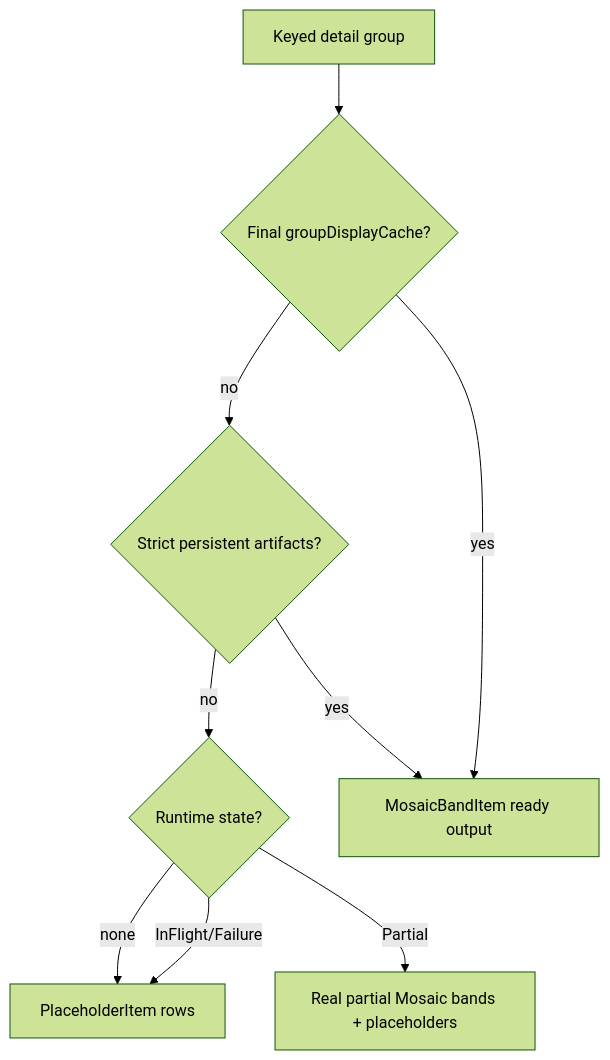
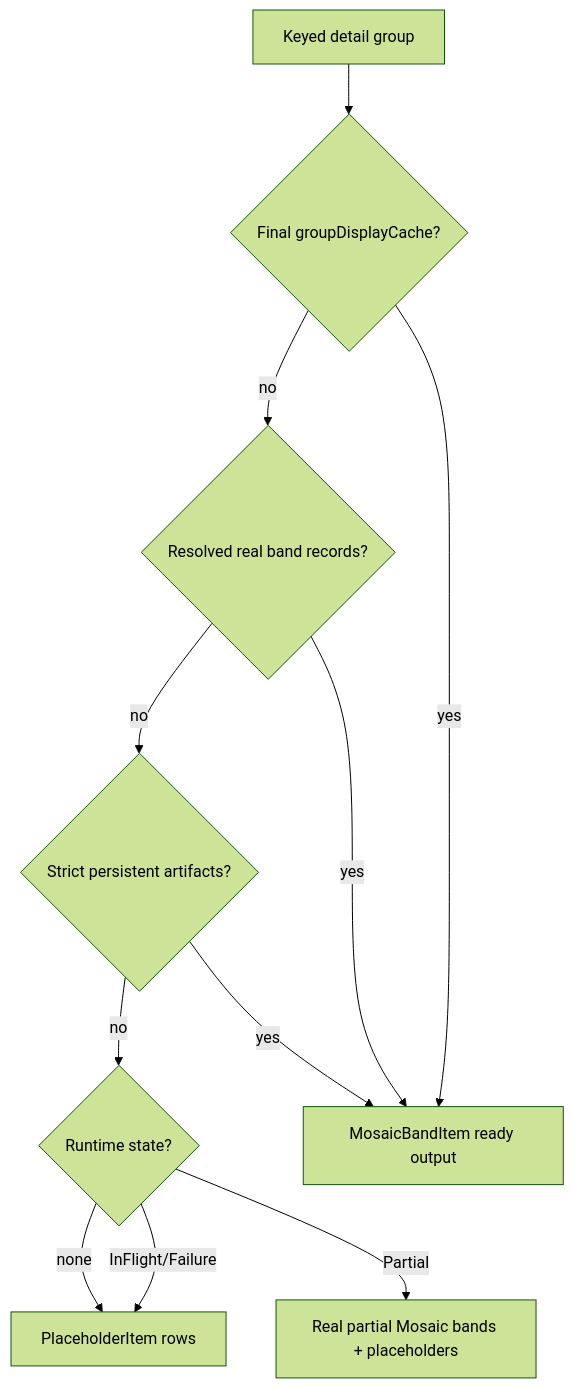
The seventh of 9 diagrams in docs/ai/album-person-detail.md (ch4ndu/ImmichGallery), drawn with Mermaid (forest theme) before and after one commit. The commit also changed other lines of this file and 27 other files, not shown here.

Commit message:
maintain in-memory cache for all mosaic bands. Move background work to dispatchers

````diff
--- a/docs/ai/album-person-detail.md
+++ b/docs/ai/album-person-detail.md
@@ -374,19 +377,22 @@
 ```mermaid
 flowchart TD
     Group[Keyed detail group]
     Memory{Final groupDisplayCache?}
+    MemoryBands{Resolved real band records?}
     Persistent{Strict persistent artifacts?}
     Runtime{Runtime state?}
     Placeholder[PlaceholderItem rows]
     Ready[MosaicBandItem ready output]
     Partial[Real partial Mosaic bands + placeholders]
 
     Group --> Memory
     Memory -- yes --> Ready
-    Memory -- no --> Persistent
+    Memory -- no --> MemoryBands
+    MemoryBands -- yes --> Ready
+    MemoryBands -- no --> Persistent
     Persistent -- yes --> Ready
     Persistent -- no --> Runtime
     Runtime -- InFlight/Failure --> Placeholder
     Runtime -- Partial --> Partial
     Runtime -- none --> Placeholder
 ```
````
